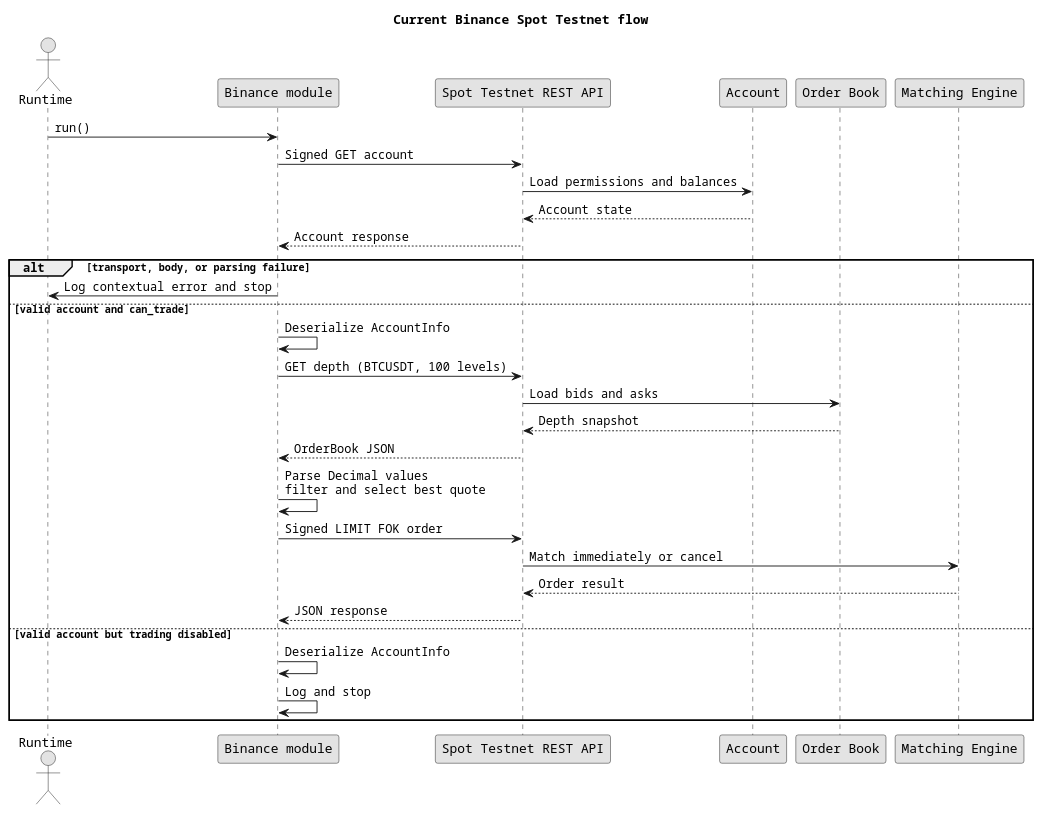
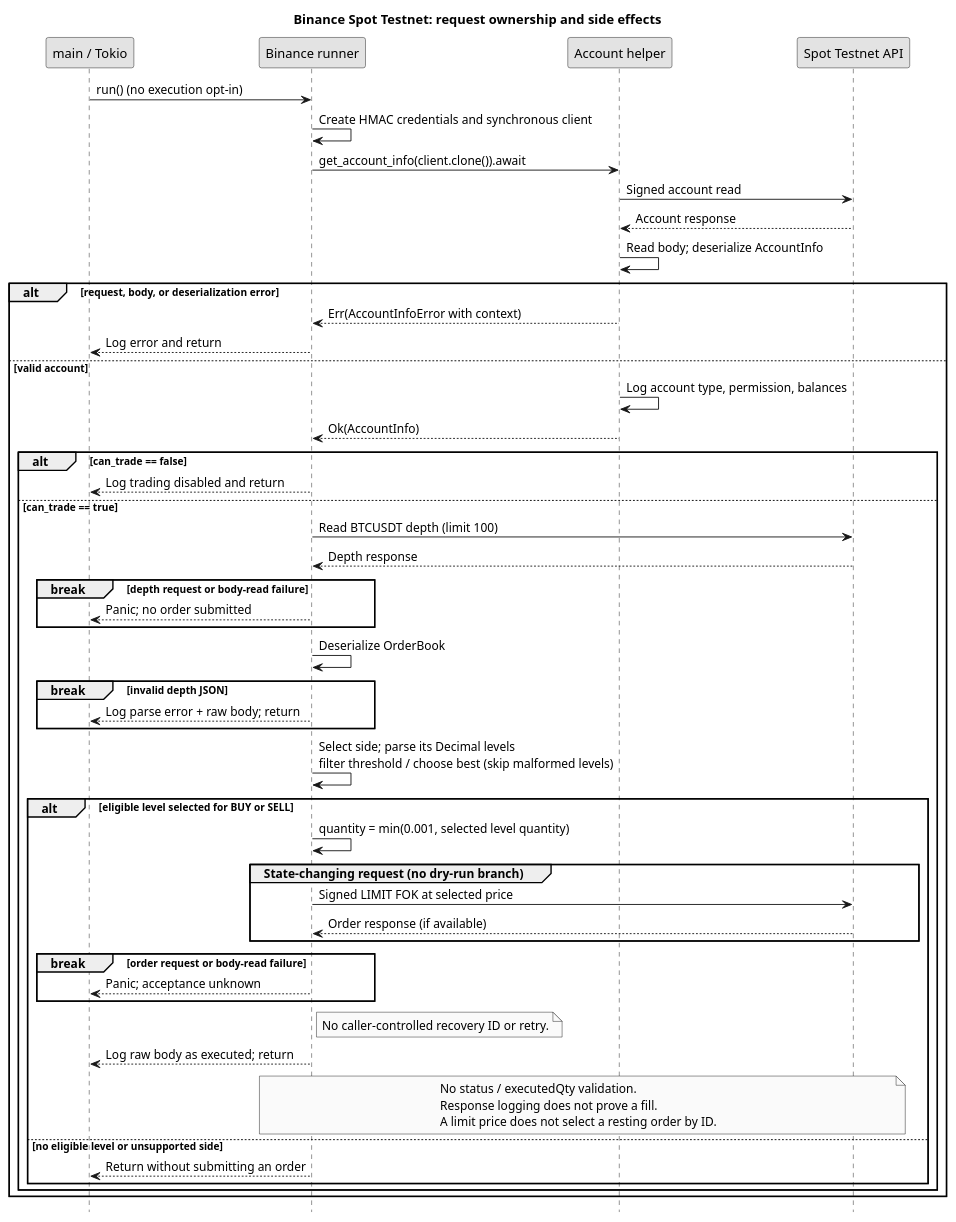
Before and after one commit to kuras120/CryptoArbitrage: the diagram in docs/architecture/binance_spot_flow.puml, drawn with PlantUML. The commit also changed 23 other files, not shown here.

```diff
--- a/docs/architecture/binance_spot_flow.puml
+++ b/docs/architecture/binance_spot_flow.puml
@@ -1,39 +1,58 @@
 @startuml BinanceSpotFlow
-title Current Binance Spot Testnet flow
-
+title Binance Spot Testnet: request ownership and side effects
 skinparam monochrome true
-skinparam defaultFontName Courier
 skinparam shadowing false
-
-actor "Runtime" as Runtime
-participant "Binance module" as Binance
-participant "Spot Testnet REST API" as API
-participant "Account" as Account
-participant "Order Book" as Book
-participant "Matching Engine" as Engine
-
-Runtime -> Binance : run()
-Binance -> API : Signed GET account
-API -> Account : Load permissions and balances
-Account --> API : Account state
-API --> Binance : Account response
-
-alt transport, body, or parsing failure
-  Binance -> Runtime : Log contextual error and stop
-else valid account and can_trade
-  Binance -> Binance : Deserialize AccountInfo
-  Binance -> API : GET depth (BTCUSDT, 100 levels)
-  API -> Book : Load bids and asks
-  Book --> API : Depth snapshot
-  API --> Binance : OrderBook JSON
-  Binance -> Binance : Parse Decimal values\nfilter and select best quote
-  Binance -> API : Signed LIMIT FOK order
-  API -> Engine : Match immediately or cancel
-  Engine --> API : Order result
-  API --> Binance : JSON response
-else valid account but trading disabled
-  Binance -> Binance : Deserialize AccountInfo
-  Binance -> Binance : Log and stop
+hide footbox
+participant "main / Tokio" as Main
+participant "Binance runner" as Binance
+participant "Account helper" as Account
+participant "Spot Testnet API" as API
+Main -> Binance : run() (no execution opt-in)
+Binance -> Binance : Create HMAC credentials and synchronous client
+Binance -> Account : get_account_info(client.clone()).await
+Account -> API : Signed account read
+API --> Account : Account response
+Account -> Account : Read body; deserialize AccountInfo
+alt request, body, or deserialization error
+  Account --> Binance : Err(AccountInfoError with context)
+  Binance --> Main : Log error and return
+else valid account
+  Account -> Account : Log account type, permission, balances
+  Account --> Binance : Ok(AccountInfo)
+  alt can_trade == false
+    Binance --> Main : Log trading disabled and return
+  else can_trade == true
+    Binance -> API : Read BTCUSDT depth (limit 100)
+    API --> Binance : Depth response
+    break depth request or body-read failure
+      Binance --> Main : Panic; no order submitted
+    end
+    Binance -> Binance : Deserialize OrderBook
+    break invalid depth JSON
+      Binance --> Main : Log parse error + raw body; return
+    end
+    Binance -> Binance : Select side; parse its Decimal levels\nfilter threshold / choose best (skip malformed levels)
+    alt eligible level selected for BUY or SELL
+      Binance -> Binance : quantity = min(0.001, selected level quantity)
+      group State-changing request (no dry-run branch)
+        Binance -> API : Signed LIMIT FOK at selected price
+        API --> Binance : Order response (if available)
+      end
+      break order request or body-read failure
+        Binance --> Main : Panic; acceptance unknown
+      end
+      note right of Binance
+        No caller-controlled recovery ID or retry.
+      end note
+      Binance --> Main : Log raw body as executed; return
+      note over Binance, API
+        No status / executedQty validation.
+        Response logging does not prove a fill.
+        A limit price does not select a resting order by ID.
+      end note
+    else no eligible level or unsupported side
+      Binance --> Main : Return without submitting an order
+    end
+  end
 end
-
 @enduml
```
